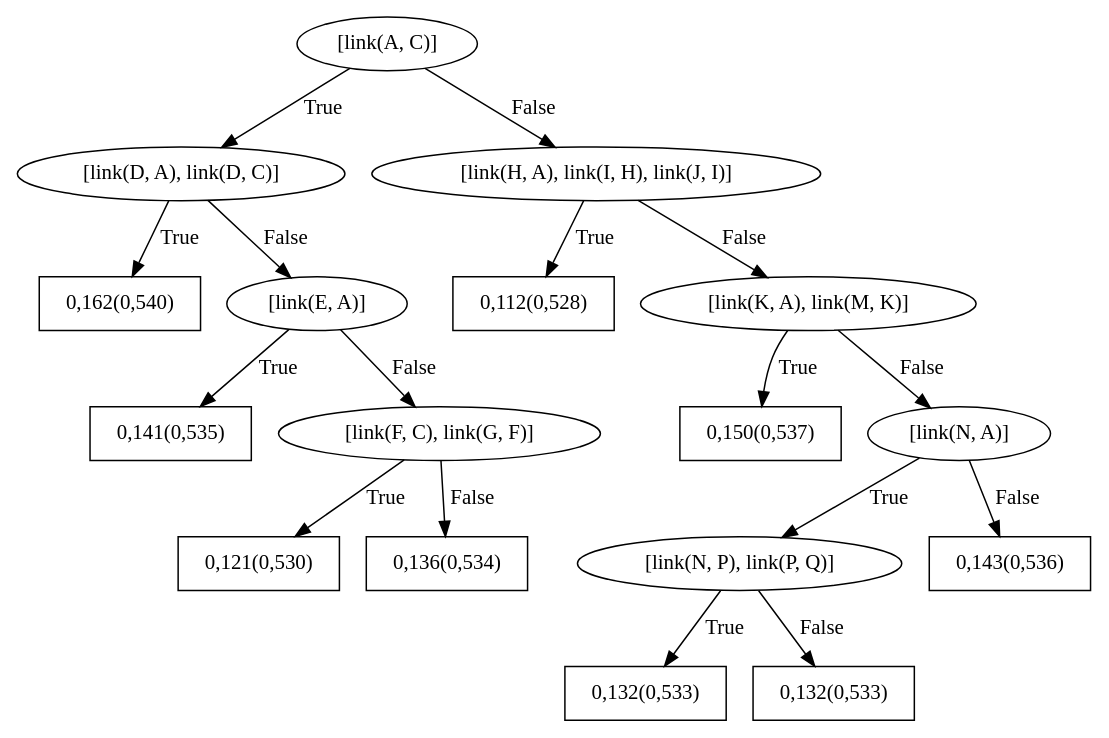
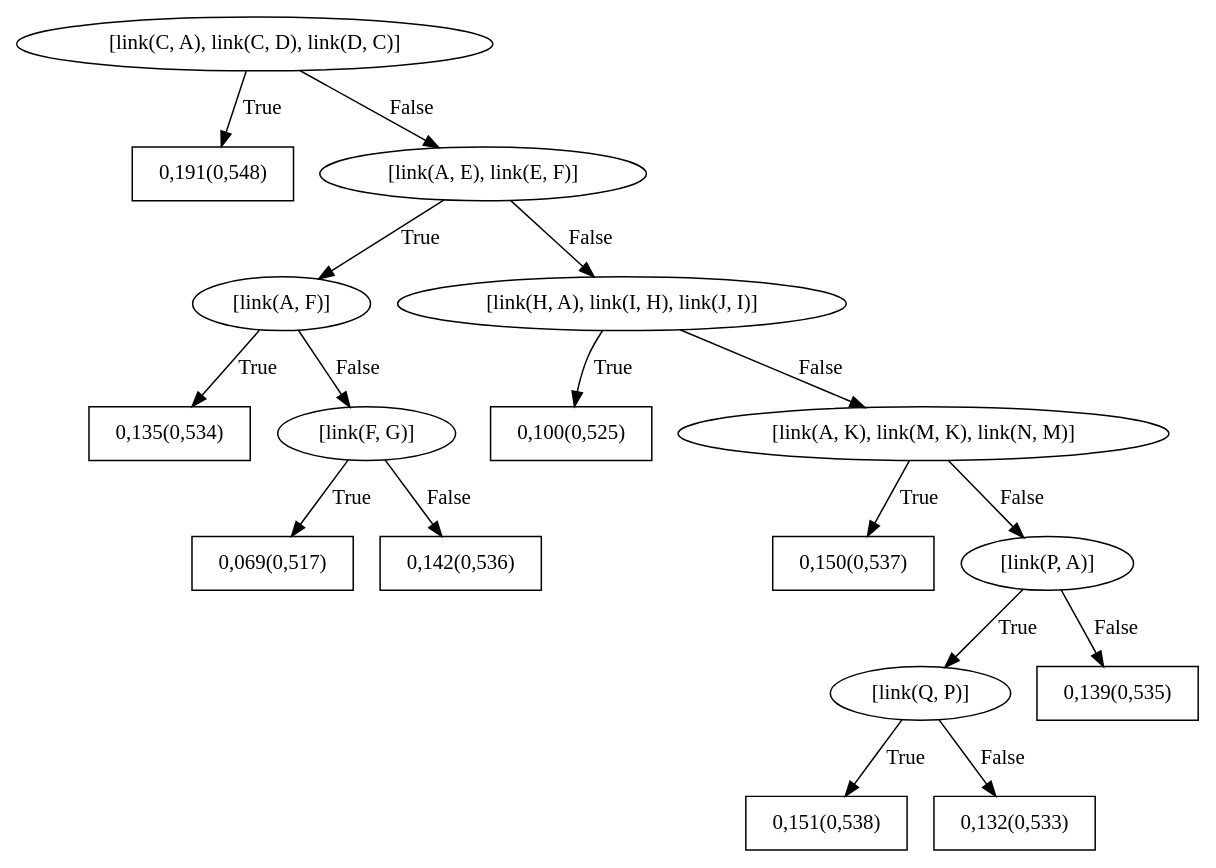
One commit to GabrielaPC/Trabalho-SRL changed the diagram in SRLBoost/data/citeseer/train/models/bRDNs/dotFiles/WILLTreeFor_hasCat7.dot. Above: the diagram before and after it, drawn with Graphviz. The commit also changed 67 other files, not shown here.

```diff
--- a/SRLBoost/data/citeseer/train/models/bRDNs/dotFiles/WILLTreeFor_hasCat7.dot
+++ b/SRLBoost/data/citeseer/train/models/bRDNs/dotFiles/WILLTreeFor_hasCat7.dot
@@ -1,35 +1,35 @@
 digraph G{ 
-1[label = "[link(A, C)]"];
+1[label = "[link(C, A), link(C, D), link(D, C)]"];
 1 -> 2[label="True"];
 1 -> 3[label="False"];
-2[label = "[link(D, A), link(D, C)]"];
-2 -> 4[label="True"];
-2 -> 5[label="False"];
-4[shape = box,label = "0,162(0,540)"];
-5[label = "[link(E, A)]"];
-5 -> 6[label="True"];
-5 -> 7[label="False"];
-6[shape = box,label = "0,141(0,535)"];
-7[label = "[link(F, C), link(G, F)]"];
+2[shape = box,label = "0,191(0,548)"];
+3[label = "[link(A, E), link(E, F)]"];
+3 -> 4[label="True"];
+3 -> 5[label="False"];
+4[label = "[link(A, F)]"];
+4 -> 6[label="True"];
+4 -> 7[label="False"];
+6[shape = box,label = "0,135(0,534)"];
+7[label = "[link(F, G)]"];
 7 -> 8[label="True"];
 7 -> 9[label="False"];
-8[shape = box,label = "0,121(0,530)"];
-9[shape = box,label = "0,136(0,534)"];
-3[label = "[link(H, A), link(I, H), link(J, I)]"];
-3 -> 10[label="True"];
-3 -> 11[label="False"];
-10[shape = box,label = "0,112(0,528)"];
-11[label = "[link(K, A), link(M, K)]"];
+8[shape = box,label = "0,069(0,517)"];
+9[shape = box,label = "0,142(0,536)"];
+5[label = "[link(H, A), link(I, H), link(J, I)]"];
+5 -> 10[label="True"];
+5 -> 11[label="False"];
+10[shape = box,label = "0,100(0,525)"];
+11[label = "[link(A, K), link(M, K), link(N, M)]"];
 11 -> 12[label="True"];
 11 -> 13[label="False"];
 12[shape = box,label = "0,150(0,537)"];
-13[label = "[link(N, A)]"];
+13[label = "[link(P, A)]"];
 13 -> 14[label="True"];
 13 -> 15[label="False"];
-14[label = "[link(N, P), link(P, Q)]"];
+14[label = "[link(Q, P)]"];
 14 -> 16[label="True"];
 14 -> 17[label="False"];
-16[shape = box,label = "0,132(0,533)"];
+16[shape = box,label = "0,151(0,538)"];
 17[shape = box,label = "0,132(0,533)"];
-15[shape = box,label = "0,143(0,536)"];
+15[shape = box,label = "0,139(0,535)"];
 }
```
